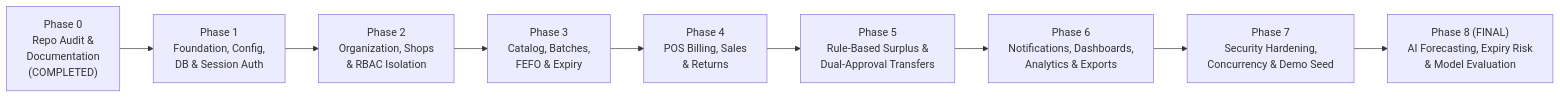
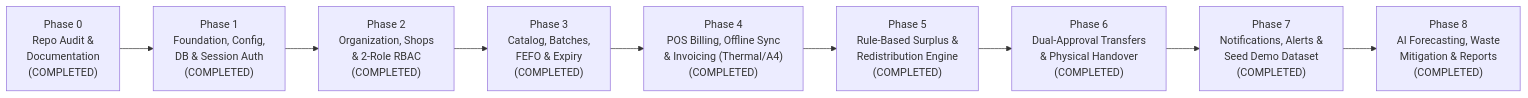
The diagram in IMPLEMENTATION_ROADMAP.md (Shirooni-01/Sanchay-AI), drawn with Mermaid before and after one commit. The commit also changed other lines of this file and 11 other files, not shown here.

````diff
--- a/IMPLEMENTATION_ROADMAP.md
+++ b/IMPLEMENTATION_ROADMAP.md
@@ -10,11 +10,11 @@
 ```mermaid
 flowchart LR
-    P0["Phase 0\nRepo Audit &\nDocumentation\n(COMPLETED)"] --> P1["Phase 1\nFoundation, Config,\nDB & Session Auth"]
-    P1 --> P2["Phase 2\nOrganization, Shops\n& RBAC Isolation"]
-    P2 --> P3["Phase 3\nCatalog, Batches,\nFEFO & Expiry"]
-    P3 --> P4["Phase 4\nPOS Billing, Sales\n& Returns"]
-    P4 --> P5["Phase 5\nRule-Based Surplus &\nDual-Approval Transfers"]
-    P5 --> P6["Phase 6\nNotifications, Dashboards,\nAnalytics & Exports"]
-    P6 --> P7["Phase 7\nSecurity Hardening,\nConcurrency & Demo Seed"]
-    P7 --> P8["Phase 8 (FINAL)\nAI Forecasting, Expiry Risk\n& Model Evaluation"]
+    P0["Phase 0\nRepo Audit &\nDocumentation\n(COMPLETED)"] --> P1["Phase 1\nFoundation, Config,\nDB & Session Auth\n(COMPLETED)"]
+    P1 --> P2["Phase 2\nOrganization, Shops\n& 2-Role RBAC\n(COMPLETED)"]
+    P2 --> P3["Phase 3\nCatalog, Batches,\nFEFO & Expiry\n(COMPLETED)"]
+    P3 --> P4["Phase 4\nPOS Billing, Offline Sync\n& Invoicing (Thermal/A4)\n(COMPLETED)"]
+    P4 --> P5["Phase 5\nRule-Based Surplus &\nRedistribution Engine\n(COMPLETED)"]
+    P5 --> P6["Phase 6\nDual-Approval Transfers\n& Physical Handover\n(COMPLETED)"]
+    P6 --> P7["Phase 7\nNotifications, Alerts &\nSeed Demo Dataset\n(COMPLETED)"]
+    P7 --> P8["Phase 8\nAI Forecasting, Waste\nMitigation & Reports\n(COMPLETED)"]
 ```
````
